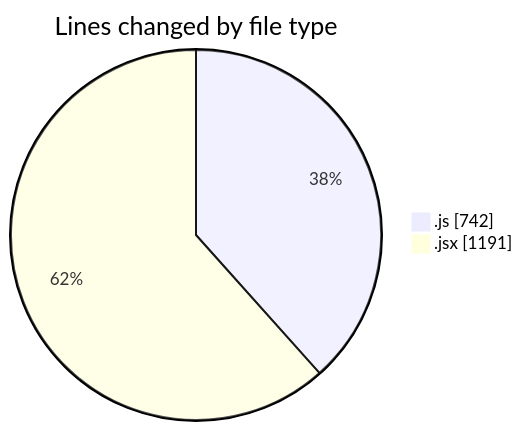
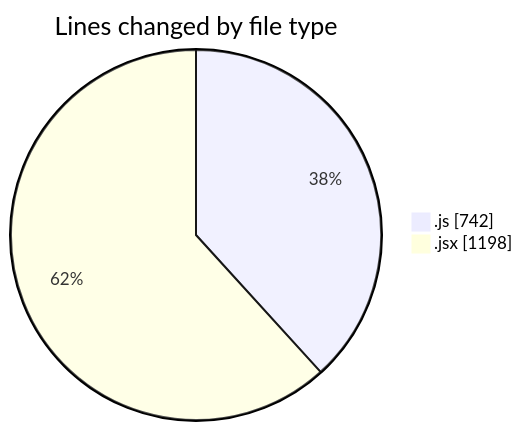
Before and after one commit to nxtqubesakshisongat/code-tracking: the first of 2 diagrams in 2025-08-29/nxtqube_webapp/README.md, drawn with Mermaid. The commit also changed other lines of this file and 1 other file, not shown here.

````diff
--- a/2025-08-29/nxtqube_webapp/README.md
+++ b/2025-08-29/nxtqube_webapp/README.md
@@ -23,6 +23,6 @@
 ```mermaid
 pie showData
 title Lines changed by file type
 ".js" : 742
-".jsx" : 1191
+".jsx" : 1198
 ```
````
